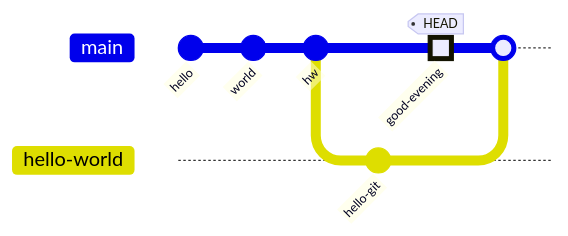
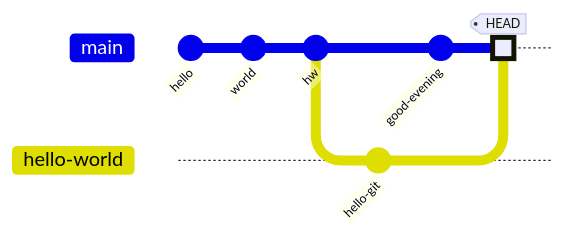
One commit to Kent01212/python-workspace changed the tenth of 16 diagrams in slides/git.md. Above: the diagram before and after it, drawn with Mermaid. The commit also changed other lines of this file and 4 other files, not shown here.

```diff
--- a/slides/git.md
+++ b/slides/git.md
@@ -645,12 +645,12 @@
 <div class="mermaid">
 gitGraph
     commit id: "hello"
     commit id: "world"
     commit id: "hw"
     branch "hello-world"
     checkout "hello-world"
     commit id: "hello-git"
     checkout "main"
-    commit id: "good-evening" type: HIGHLIGHT tag: "HEAD"
-    merge hello-world
+    commit id: "good-evening"
+    merge hello-world type: HIGHLIGHT tag: "HEAD"
 </div>
```
